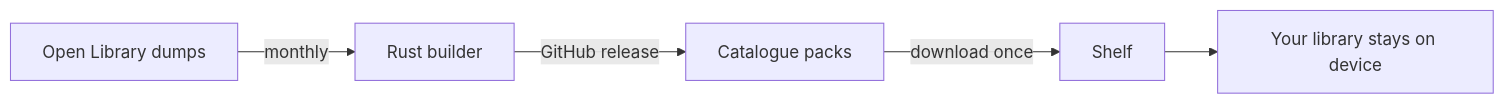
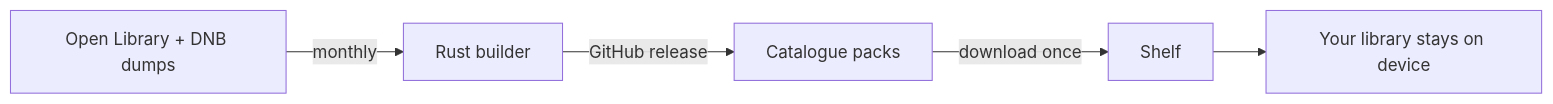
The diagram in README.md (tn3w/Shelf), drawn with Mermaid before and after one commit. The commit also changed other lines of this file and 23 other files, not shown here.

````diff
--- a/README.md
+++ b/README.md
@@ -47,7 +47,7 @@
 ```mermaid
 flowchart LR
-    A[Open Library dumps] -->|monthly| B[Rust builder]
+    A[Open Library + DNB dumps] -->|monthly| B[Rust builder]
     B -->|GitHub release| C[Catalogue packs]
     C -->|download once| D[Shelf]
     D --> E[Your library stays on device]
 ```
````
